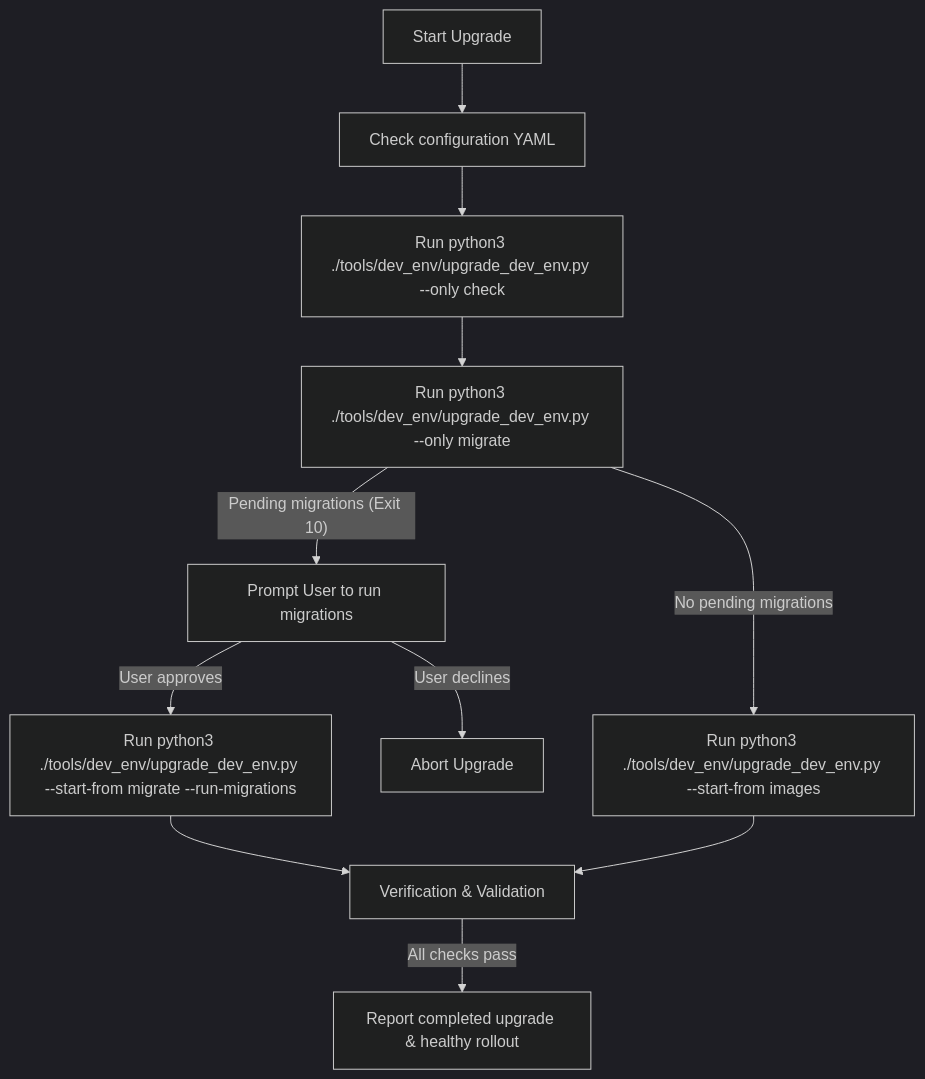
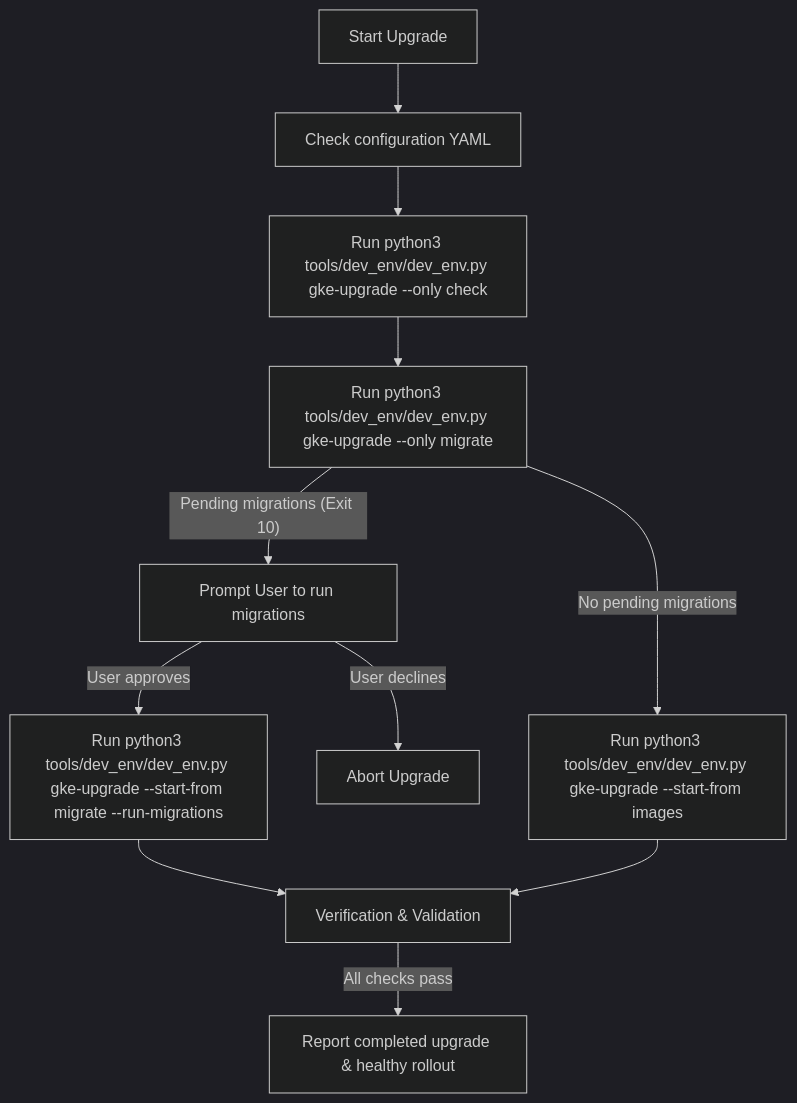
Before and after one commit to google/xmc: the diagram in .agents/skills/xmc_upgrade/SKILL.md, drawn with Mermaid (dark theme). The commit also changed other lines of this file and 11 other files, not shown here.

First line of the commit message:
feat(tools): introduce unified dev_env.py entrypoint for GKE workflows

````diff
--- a/.agents/skills/xmc_upgrade/SKILL.md
+++ b/.agents/skills/xmc_upgrade/SKILL.md
@@ -21,13 +21,13 @@
 ```mermaid
 graph TD
     Start[Start Upgrade] --> CheckEnv["Check configuration YAML"]
-    CheckEnv --> CheckRun["Run python3 ./tools/dev_env/upgrade_dev_env.py --only check"]
-    CheckRun --> MigrateCheck["Run python3 ./tools/dev_env/upgrade_dev_env.py --only migrate"]
-    MigrateCheck -->|No pending migrations| AutoRun["Run python3 ./tools/dev_env/upgrade_dev_env.py --start-from images"]
+    CheckEnv --> CheckRun["Run python3 tools/dev_env/dev_env.py gke-upgrade --only check"]
+    CheckRun --> MigrateCheck["Run python3 tools/dev_env/dev_env.py gke-upgrade --only migrate"]
+    MigrateCheck -->|No pending migrations| AutoRun["Run python3 tools/dev_env/dev_env.py gke-upgrade --start-from images"]
     MigrateCheck -->|"Pending migrations (Exit 10)"| PromptUser["Prompt User to run migrations"]
     PromptUser -->|User declines| Abort["Abort Upgrade"]
-    PromptUser -->|User approves| AutoRunMigrate["Run python3 ./tools/dev_env/upgrade_dev_env.py --start-from migrate --run-migrations"]
+    PromptUser -->|User approves| AutoRunMigrate["Run python3 tools/dev_env/dev_env.py gke-upgrade --start-from migrate --run-migrations"]
     AutoRunMigrate --> Verify["Verification & Validation"]
     AutoRun --> Verify
     Verify -->|All checks pass| L["Report completed upgrade & healthy rollout"]
 ```
````
